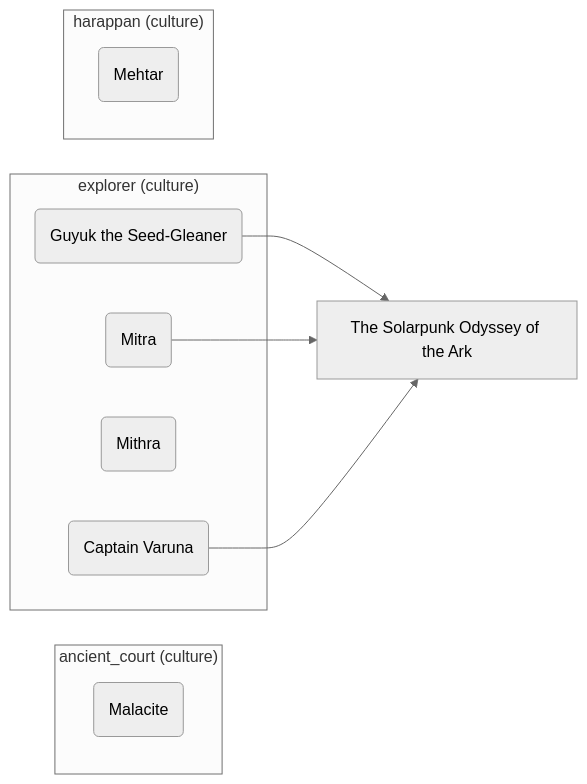
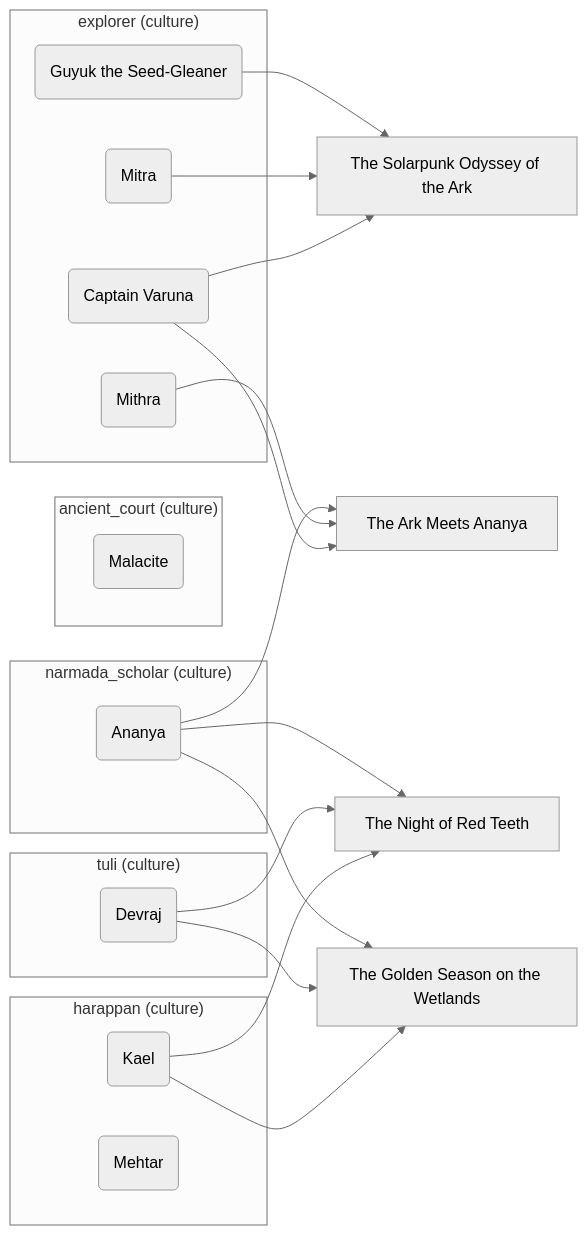
The sixth of 6 diagrams in docs/memory_map.md (lordlebu/SouthOfTethys), drawn with Mermaid (neutral theme) before and after one commit. The commit also changed other lines of this file and 141 other files, not shown here.

First line of the commit message:
Chart the Age of Machinery: the pre-Shattering map and its people

````diff
--- a/docs/memory_map.md
+++ b/docs/memory_map.md
@@ -341,19 +354,38 @@
 ```mermaid
 graph LR
   subgraph grp_ancient_court["ancient_court (culture)"]
     character_malacite("Malacite")
   end
   subgraph grp_explorer["explorer (culture)"]
     character_varuna("Captain Varuna")
     character_guyuk_reborn("Guyuk the Seed-Gleaner")
     character_mithra("Mithra")
     character_mitra("Mitra")
   end
   subgraph grp_harappan["harappan (culture)"]
+    character_kael("Kael")
     character_mehtar("Mehtar")
   end
+  subgraph grp_narmada_scholar["narmada_scholar (culture)"]
+    character_ananya("Ananya")
+  end
+  subgraph grp_tuli["tuli (culture)"]
+    character_devraj("Devraj")
+  end
+  event_ark_meets_ananya["The Ark Meets Ananya"]
+  event_golden_season_on_the_wetlands["The Golden Season on the Wetlands"]
+  event_night_of_red_teeth["The Night of Red Teeth"]
   event_survival_train_solarpunk["The Solarpunk Odyssey of the Ark"]
+  character_ananya --> event_ark_meets_ananya
+  character_ananya --> event_golden_season_on_the_wetlands
+  character_ananya --> event_night_of_red_teeth
+  character_devraj --> event_golden_season_on_the_wetlands
+  character_devraj --> event_night_of_red_teeth
   character_guyuk_reborn --> event_survival_train_solarpunk
+  character_kael --> event_golden_season_on_the_wetlands
+  character_kael --> event_night_of_red_teeth
+  character_mithra --> event_ark_meets_ananya
   character_mitra --> event_survival_train_solarpunk
+  character_varuna --> event_ark_meets_ananya
   character_varuna --> event_survival_train_solarpunk
 ```
````
